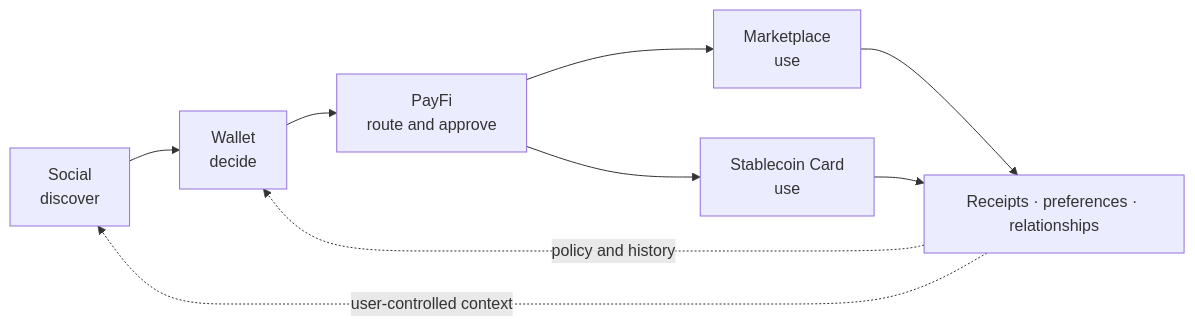
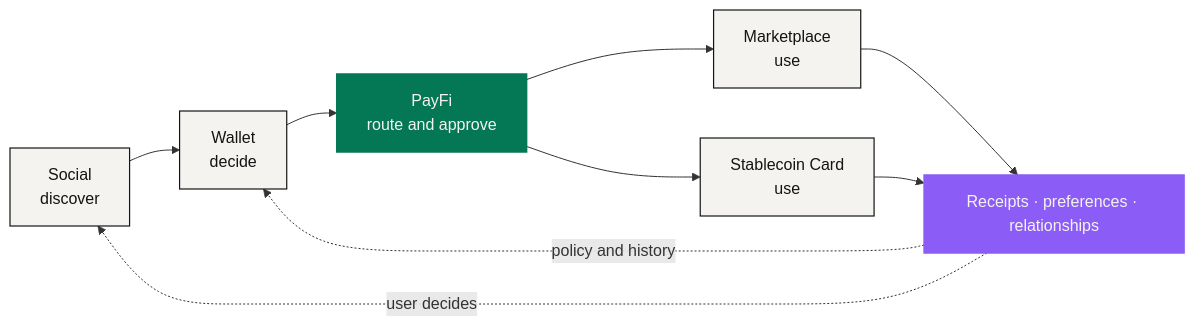
One commit to NEXONMarkets/NEXON-Whitepaper changed the diagram in docs/en/04-product-stack/README.md. Above: the diagram before and after it, drawn with Mermaid. The commit also changed other lines of this file and 85 other files, not shown here.

````diff
--- a/docs/en/04-product-stack/README.md
+++ b/docs/en/04-product-stack/README.md
@@ -48,11 +58,17 @@
 ```mermaid
 flowchart LR
     S["Social<br/>discover"] --> W["Wallet<br/>decide"]
     W --> P["PayFi<br/>route and approve"]
     P --> M["Marketplace<br/>use"]
     P --> C["Stablecoin Card<br/>use"]
     M --> R["Receipts · preferences · relationships"]
     C --> R
-    R -. "user-controlled context" .-> S
+    R -. "user decides" .-> S
     R -. "policy and history" .-> W
+    classDef anchor fill:#047854,stroke:#047854,stroke-width:1.5px,color:#F5F3F0
+    classDef engine fill:#8B5CF6,stroke:#8B5CF6,stroke-width:1.5px,color:#F5F3F0
+    classDef solid  fill:#F5F3F0,stroke:#141414,stroke-width:1.2px,color:#141414
+    class S,W,M,C solid
+    class P anchor
+    class R engine
 ```
````
